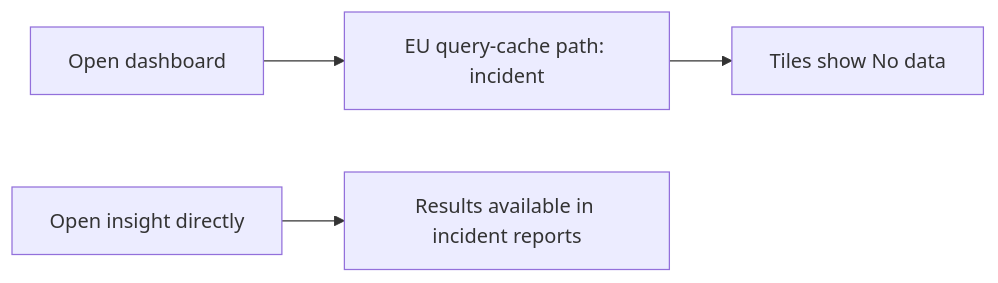
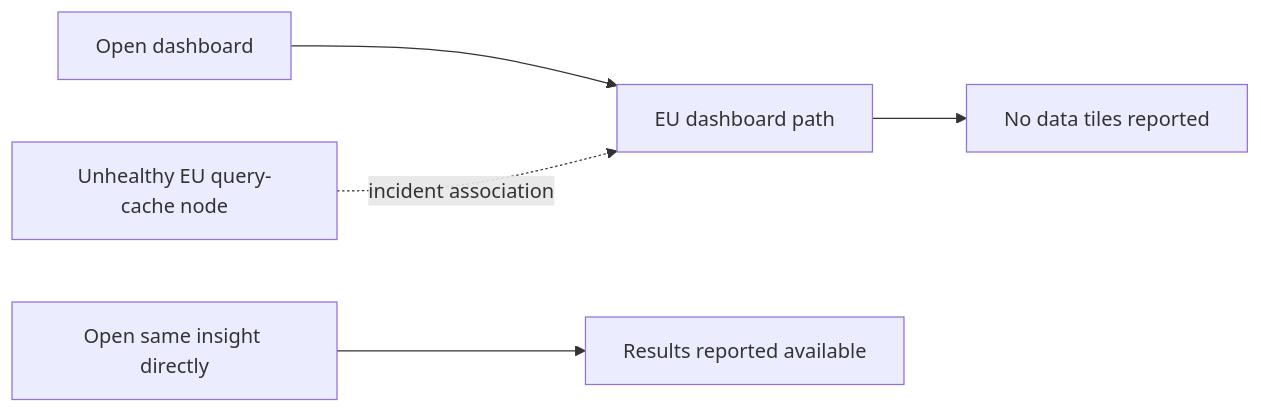
One commit to c-mongan/support-triage-agent-template changed the diagram in docs/demo/codex/reports/20261007-000000-SUP-1004-triage.md. Above: the diagram before and after it, drawn with Mermaid. The commit also changed other lines of this file and 73 other files, not shown here.

````diff
--- a/docs/demo/codex/reports/20261007-000000-SUP-1004-triage.md
+++ b/docs/demo/codex/reports/20261007-000000-SUP-1004-triage.md
@@ -66,6 +71,7 @@
 ```mermaid
 flowchart LR
-    A[Open dashboard] --> B[EU query-cache path: incident]
-    B --> C[Tiles show No data]
-    D[Open insight directly] --> E[Results available in incident reports]
+    A[Open dashboard] --> B[EU dashboard path]
+    B --> C[No data tiles reported]
+    D[Open same insight directly] --> E[Results reported available]
+    F[Unhealthy EU query-cache node] -. incident association .-> B
 ```
````
